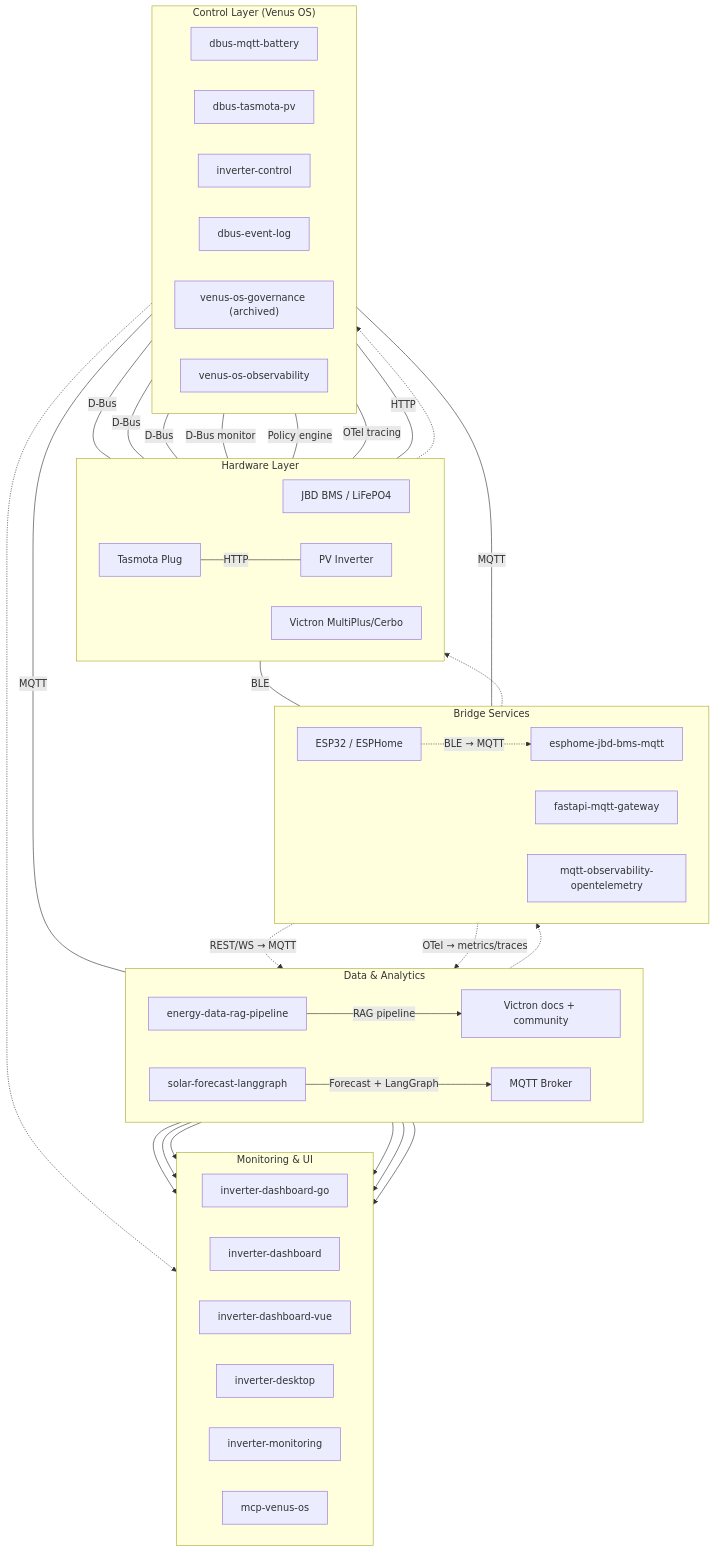
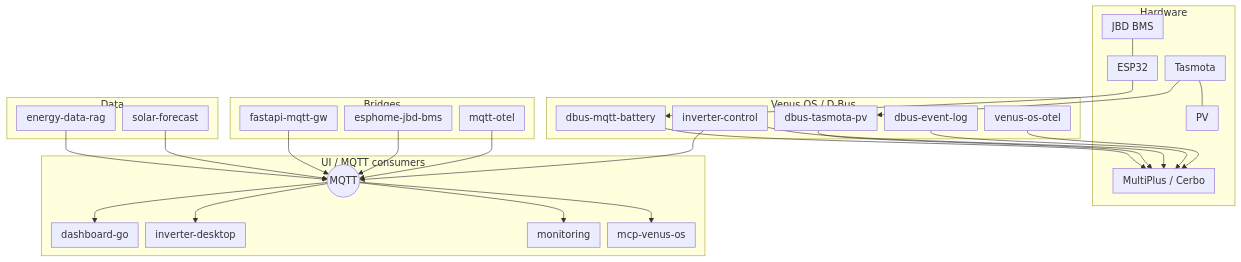
The diagram in README.md (4alvit/4alvit), drawn with Mermaid before and after one commit. The commit also changed other lines of this file, not shown here.

Commit message:
docs: tighten profile README and narrow architecture diagram

````diff
--- a/README.md
+++ b/README.md
@@ -19,51 +24,54 @@
 ```mermaid
-graph TD
-    subgraph Data["Data & Analytics"]
-        direction LR
-        RAG[energy-data-rag-pipeline] -->|RAG pipeline| DOCS[Victron docs + community]
-        SF[solar-forecast-langgraph] -->|Forecast + LangGraph| MQTT
-    end
+%%{init: {"flowchart": {"nodeSpacing": 12, "rankSpacing": 28, "padding": 8}}}%%
+flowchart TB
+  subgraph data [Data]
+    RAG[energy-data-rag]
+    SF[solar-forecast]
+  end
 
-    subgraph Bridge["Bridge Services"]
-        direction LR
-        ESP -.->|BLE → MQTT| ESPH[esphome-jbd-bms-mqtt]
-        FG[fastapi-mqtt-gateway] -.->|REST/WS → MQTT| MQTT[MQTT Broker]
-        MO[mqtt-observability-opentelemetry] -.->|OTel → metrics/traces| MQTT
-    end
+  subgraph bridge [Bridges]
+    FG[fastapi-mqtt-gw]
+    ESPH[esphome-jbd-bms]
+    MO[mqtt-otel]
+  end
 
-    subgraph Hardware["Hardware Layer"]
-        direction LR
-        BMS[JBD BMS / LiFePO4] -- BLE --- ESP[ESP32 / ESPHome]
-        TP[Tasmota Plug] -- HTTP --- PV[PV Inverter]
-        VIC[Victron MultiPlus/Cerbo]
-    end
+  subgraph hw [Hardware]
+    BMS[JBD BMS] --- ESP[ESP32]
+    TP[Tasmota] --- PV[PV]
+    VIC[MultiPlus / Cerbo]
+  end
 
-    subgraph Control["Control Layer (Venus OS)"]
-        direction LR
-        ESP -- MQTT --- BM[dbus-mqtt-battery]
-        TP -- HTTP --- TV[dbus-tasmota-pv]
-        BM -- D-Bus --- VIC
-        TV -- D-Bus --- VIC
-        IC[inverter-control] -- D-Bus --- VIC
-        EL[dbus-event-log] -- D-Bus monitor --- VIC
-        GOV["venus-os-governance (archived)"] -- Policy engine --- VIC
-        OBS[venus-os-observability] -- OTel tracing --- VIC
-    end
+  subgraph ctl [Venus OS / D-Bus]
+    BM[dbus-mqtt-battery]
+    TV[dbus-tasmota-pv]
+    IC[inverter-control]
+    EL[dbus-event-log]
+    OBS[venus-os-otel]
+  end
 
-    subgraph UI["Monitoring & UI"]
-        direction LR
-        IC -- MQTT --- MQTT
-        MQTT --> DGO[inverter-dashboard-go]
-        MQTT --> DPY[inverter-dashboard]
-        MQTT --> DVUE[inverter-dashboard-vue]
-        MQTT --> DT[inverter-desktop]
-        MQTT --> MON[inverter-monitoring]
-        MQTT --> MCP[mcp-venus-os]
-    end
+  subgraph ui [UI / MQTT consumers]
+    MQTT((MQTT))
+    DGO[dashboard-go]
+    DT[inverter-desktop]
+    MON[monitoring]
+    MCP[mcp-venus-os]
+  end
 
-    %% Invisible edges to force vertical stack order
-    Data -.-> Bridge
-    Bridge -.-> Hardware
-    Hardware -.-> Control
-    Control -.-> UI
+  RAG --> MQTT
+  SF --> MQTT
+  FG --> MQTT
+  ESPH --> MQTT
+  MO --> MQTT
+
+  ESP --> BM --> VIC
+  TP --> TV --> VIC
+  IC --> VIC
+  EL --> VIC
+  OBS --> VIC
+  IC --> MQTT
+
+  MQTT --> DGO
+  MQTT --> DT
+  MQTT --> MON
+  MQTT --> MCP
 ```
````
